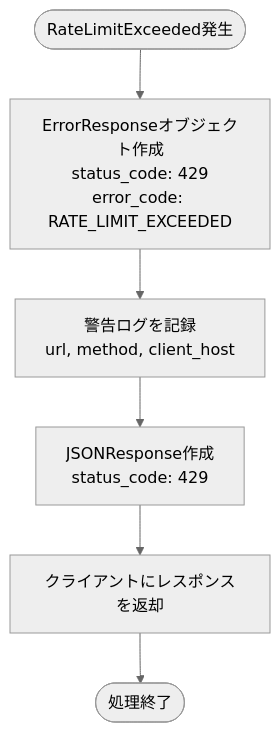
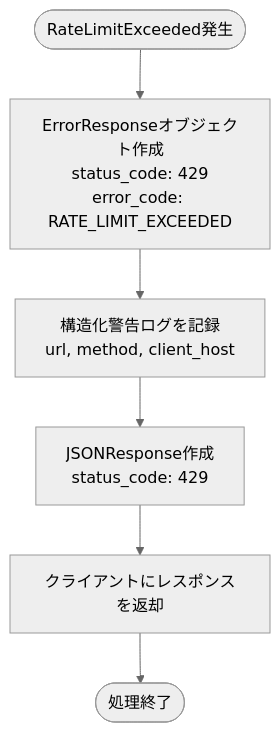
One commit to ss8806/Todos changed the fourth of 9 diagrams in .qoder/repowiki/ja/content/セキュリティ対策/レート制限/エラーハンドリング.md. Above: the diagram before and after it, drawn with Mermaid (neutral theme). The commit also changed other lines of this file and 9 other files, not shown here.

````diff
--- a/.qoder/repowiki/ja/content/セキュリティ対策/レート制限/エラーハンドリング.md
+++ b/.qoder/repowiki/ja/content/セキュリティ対策/レート制限/エラーハンドリング.md
@@ -166,8 +203,8 @@
 ```mermaid
 flowchart TD
 Start([RateLimitExceeded発生]) --> CreateError["ErrorResponseオブジェクト作成<br/>status_code: 429<br/>error_code: RATE_LIMIT_EXCEEDED"]
-CreateError --> LogWarning["警告ログを記録<br/>url, method, client_host"]
+CreateError --> LogWarning["構造化警告ログを記録<br/>url, method, client_host"]
 LogWarning --> CreateResponse["JSONResponse作成<br/>status_code: 429"]
 CreateResponse --> ReturnResponse["クライアントにレスポンスを返却"]
 ReturnResponse --> End([処理終了])
 ```
````
